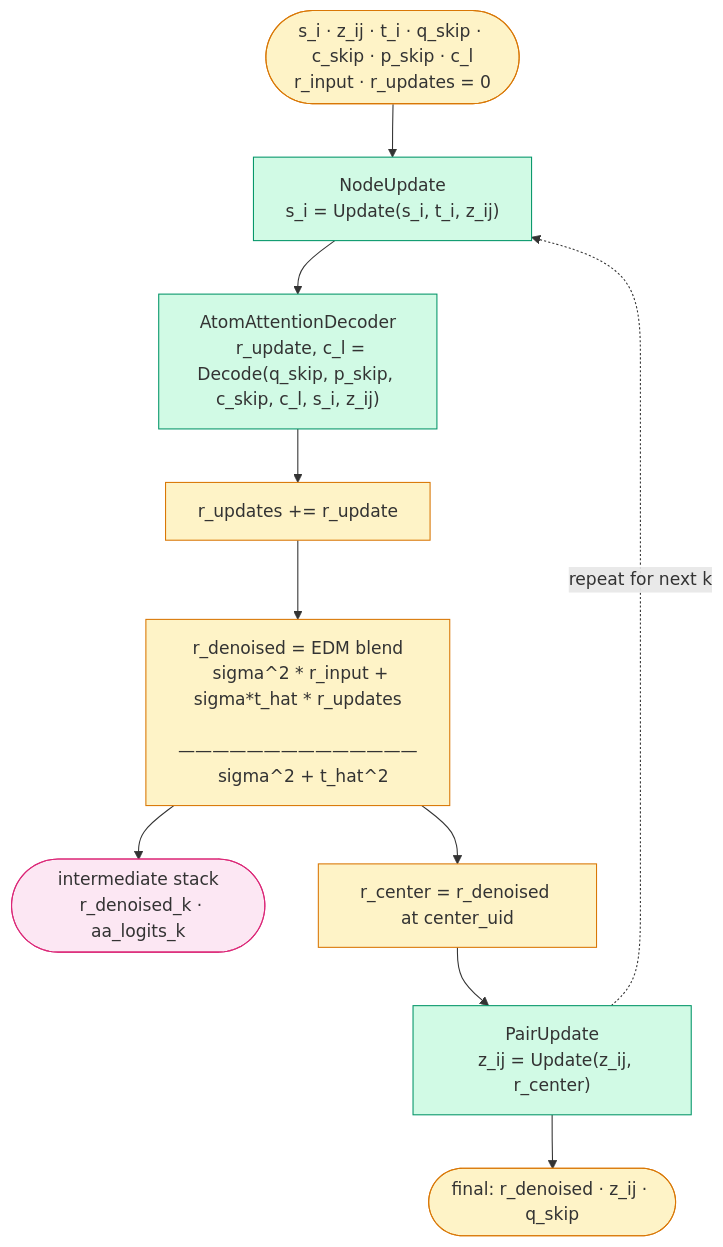
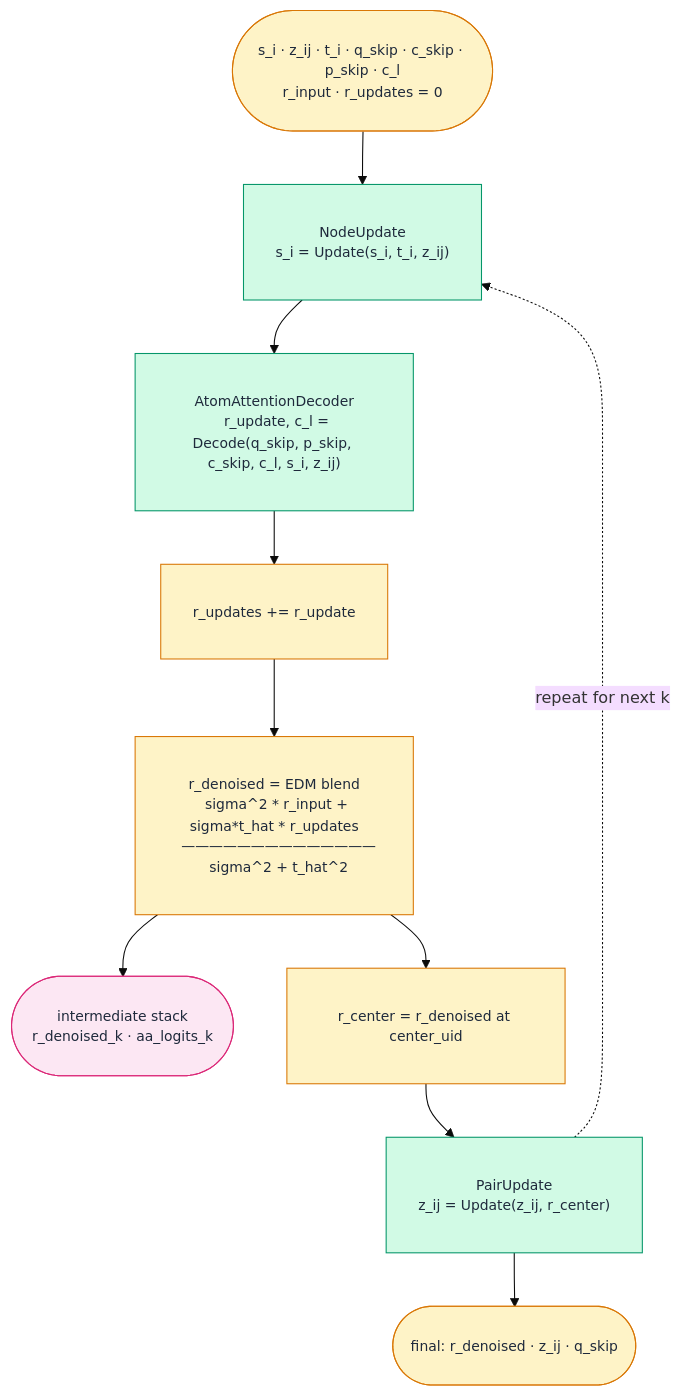
Before and after one commit to tmatteso/diffusion: the second of 3 diagrams in docs/architecture.rst, drawn with Mermaid. The commit also changed other lines of this file and 9 other files, not shown here.

Commit message:
fixed mermaid plots

```diff
--- a/docs/architecture.rst
+++ b/docs/architecture.rst
@@ -78,19 +73,20 @@
 .. mermaid::
 
+   %%{init: {'theme': 'base', 'themeVariables': {'fontSize': '15px'}}}%%
    flowchart TD
-       classDef proc fill:#d1fae5,stroke:#059669
-       classDef acc  fill:#fef3c7,stroke:#d97706
-       classDef out  fill:#fce7f3,stroke:#db2777
+       classDef proc fill:#d1fae5,stroke:#059669,color:#1e293b,font-size:13px,padding:8px
+       classDef acc  fill:#fef3c7,stroke:#d97706,color:#1e293b,font-size:13px,padding:8px
+       classDef out  fill:#fce7f3,stroke:#db2777,color:#1e293b,font-size:13px,padding:8px
 
        IN(["s_i · z_ij · t_i · q_skip · c_skip · p_skip · c_l\nr_input · r_updates = 0"]):::acc
 
        IN  --> NU["NodeUpdate\n  s_i = Update(s_i, t_i, z_ij)"]:::proc
        NU  --> AD["AtomAttentionDecoder\n  r_update, c_l = Decode(q_skip, p_skip, c_skip, c_l, s_i, z_ij)"]:::proc
        AD  --> RU["r_updates += r_update"]:::acc
        RU  --> RD["r_denoised = EDM blend\n  sigma^2 * r_input + sigma*t_hat * r_updates\n  ——————————————\n  sigma^2 + t_hat^2"]:::acc
        RD  --> IH(["intermediate stack\n  r_denoised_k · aa_logits_k"]):::out
        RD  --> RC["r_center = r_denoised at center_uid"]:::acc
        RC  --> PU["PairUpdate\n  z_ij = Update(z_ij, r_center)"]:::proc
        PU  -.->|"repeat for next k"| NU
 
        PU  --> FN(["final: r_denoised · z_ij · q_skip"]):::acc
```
